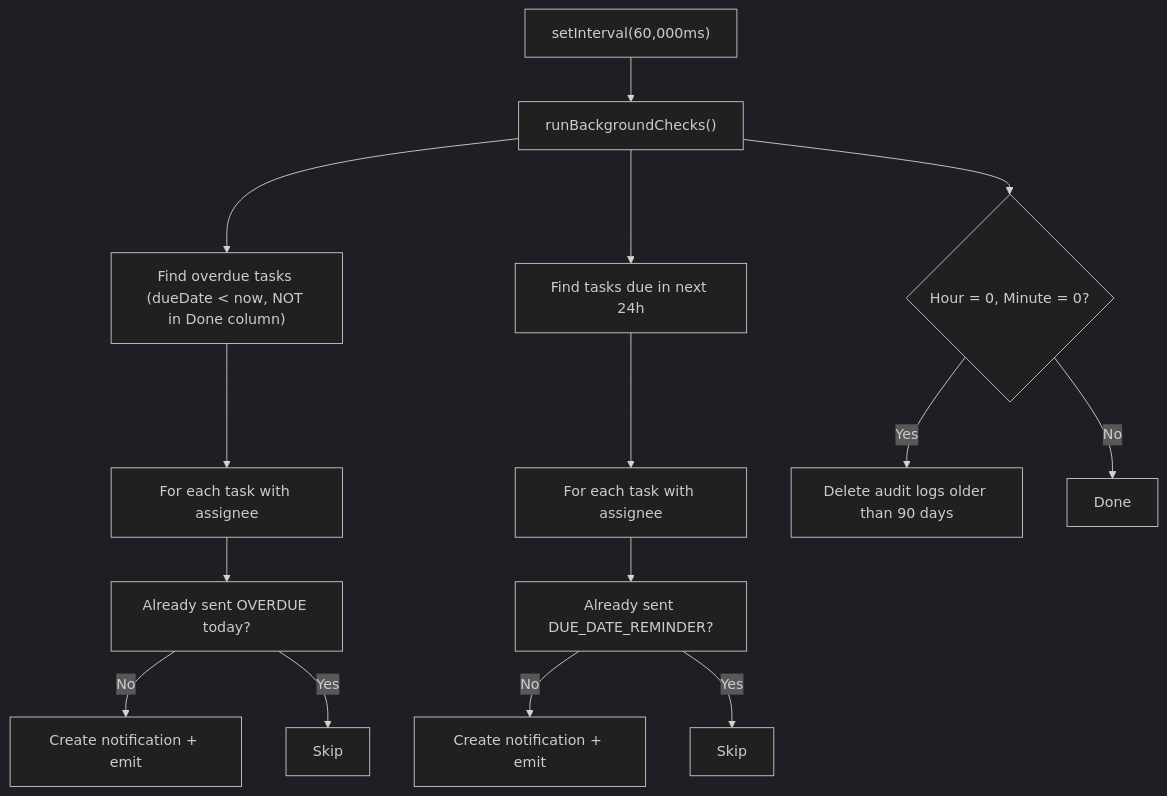
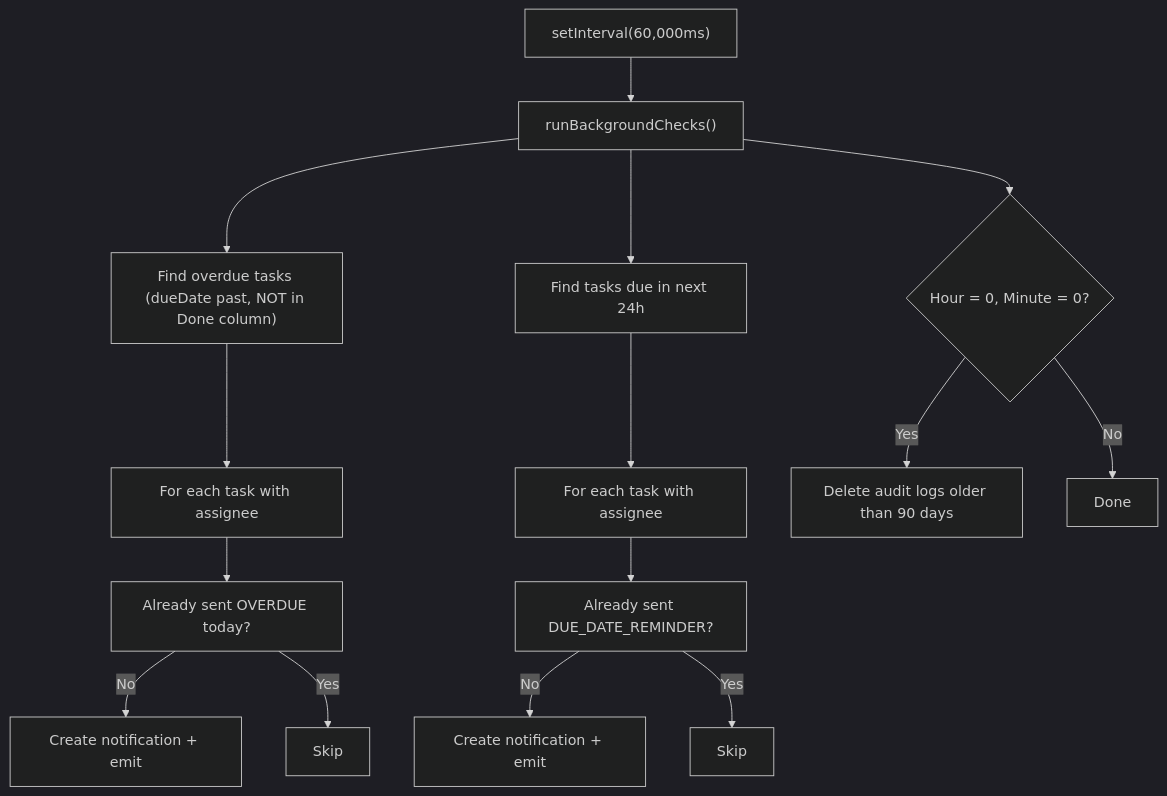
One commit to asefahmed500/Smart-Task-App_IIT_DU_Final_Project changed the seventh of 8 diagrams in docs/07-real-time-sockets.md. Above: the diagram before and after it, drawn with Mermaid (dark theme). The commit also changed other lines of this file and 9 other files, not shown here.

Commit message:
fix: update AGENTS.md with Vercel deployment notes and additional mermaid cleanups

````diff
--- a/docs/07-real-time-sockets.md
+++ b/docs/07-real-time-sockets.md
@@ -276,20 +276,20 @@
 ```mermaid
 flowchart TD
     TIMER["setInterval(60,000ms)"] --> RUN["runBackgroundChecks()"]
 
-    RUN --> OVERDUE["Find overdue tasks (dueDate < now, NOT in Done column)"]
+    RUN --> OVERDUE["Find overdue tasks (dueDate past, NOT in Done column)"]
     OVERDUE --> O_LOOP["For each task with assignee"]
     O_LOOP --> O_DEDUP["Already sent OVERDUE today?"]
     O_DEDUP -->|No| O_CREATE["Create notification + emit"]
     O_DEDUP -->|Yes| O_SKIP["Skip"]
 
     RUN --> UPCOMING["Find tasks due in next 24h"]
     UPCOMING --> U_LOOP["For each task with assignee"]
     U_LOOP --> U_DEDUP["Already sent DUE_DATE_REMINDER?"]
     U_DEDUP -->|No| U_CREATE["Create notification + emit"]
     U_DEDUP -->|Yes| U_SKIP["Skip"]
 
     RUN --> MIDNIGHT{"Hour = 0, Minute = 0?"}
     MIDNIGHT -->|Yes| CLEANUP["Delete audit logs older than 90 days"]
     MIDNIGHT -->|No| DONE["Done"]
 ```
````
